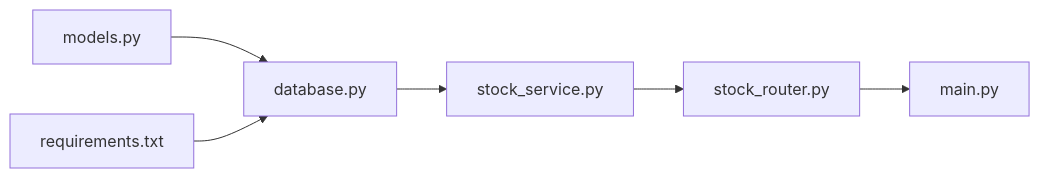
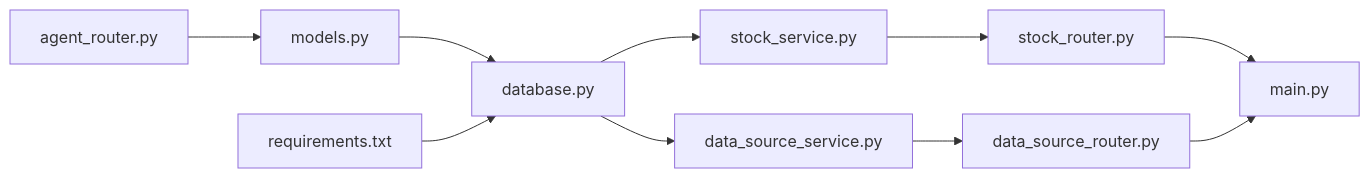
Before and after one commit to Moruime/stock_foker: the seventh of 7 diagrams in .qoder/repowiki/zh/content/数据模型/数据库表结构.md, drawn with Mermaid. The commit also changed other lines of this file and 37 other files, not shown here.

First line of the commit message:
docs(data_source): 新增数据源服务层及相关数据库结构文档

````diff
--- a/.qoder/repowiki/zh/content/数据模型/数据库表结构.md
+++ b/.qoder/repowiki/zh/content/数据模型/数据库表结构.md
@@ -289,8 +377,12 @@
 ```mermaid
 graph LR
 M["models.py"] --> D["database.py"]
 D --> S["stock_service.py"]
+D --> DS["data_source_service.py"]
 S --> R["stock_router.py"]
+DS --> DR["data_source_router.py"]
 R --> A["main.py"]
+DR --> A
+AR["agent_router.py"] --> M
 REQ["requirements.txt"] --> D
 ```
````
